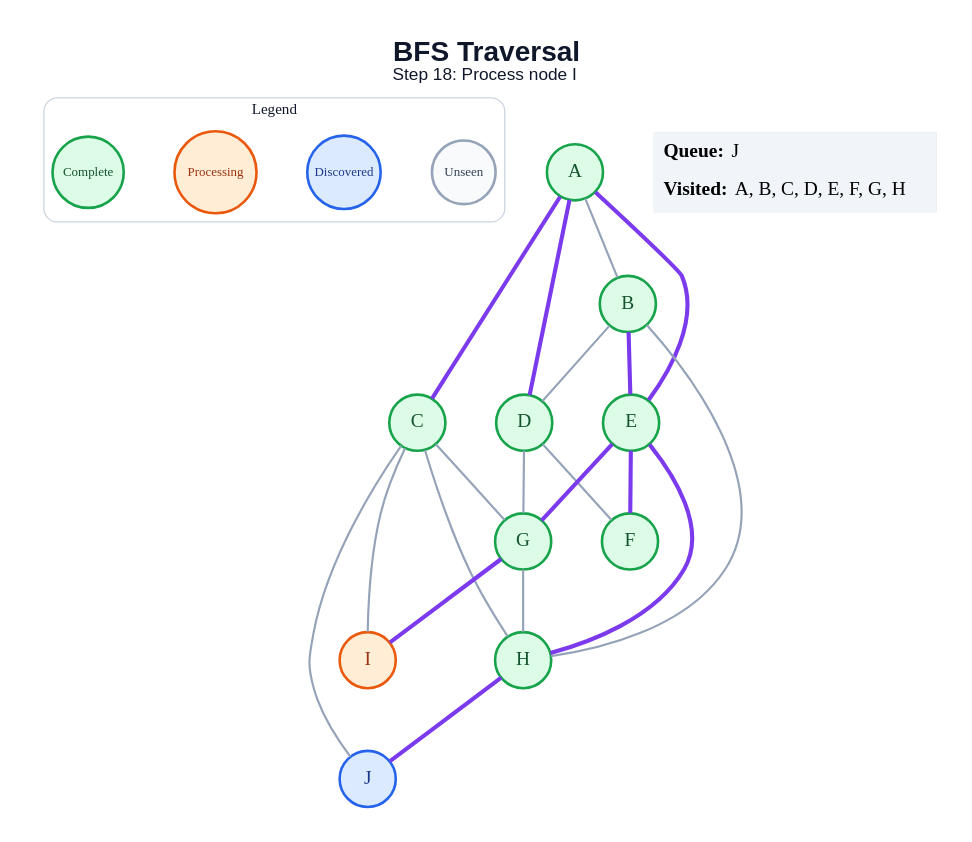
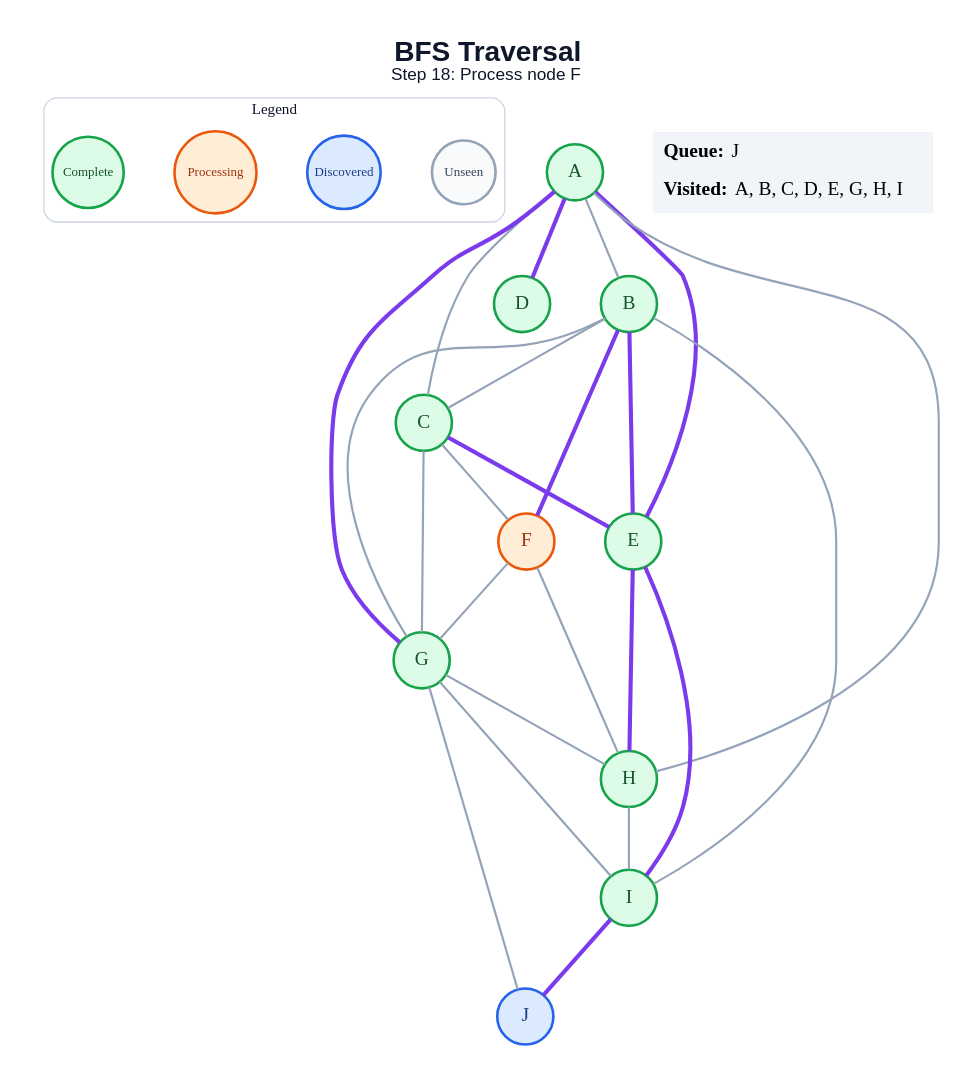
Before and after one commit to amanghodawala9/ai-slop: the diagram in generated/specific-node/bfs/step_18.dot, drawn with Graphviz. The commit also changed 178 other files, not shown here.

```diff
--- a/generated/specific-node/bfs/step_18.dot
+++ b/generated/specific-node/bfs/step_18.dot
@@ -1,48 +1,52 @@
 graph traversal {
   graph [layout=dot, rankdir=TB, bgcolor="#FFFFFF", pad="0.35", nodesep="0.65", ranksep="0.8", fontname="Arial"];
   node [shape=circle, style="filled", fontname="Arial Bold", fontsize=18, width=0.72, fixedsize=true, penwidth=2.4];
   edge [color="#94A3B8", penwidth=2.0];
-  label=<<B>BFS Traversal</B><BR/><FONT POINT-SIZE="16">Step 18: Process node I</FONT>>; labelloc="t"; fontsize=26; fontname="Arial"; fontcolor="#0F172A";
+  label=<<B>BFS Traversal</B><BR/><FONT POINT-SIZE="16">Step 18: Process node F</FONT>>; labelloc="t"; fontsize=26; fontname="Arial"; fontcolor="#0F172A";
   subgraph cluster_legend { label="Legend"; color="#CBD5E1"; penwidth=1.2; style="rounded"; fontsize=14; fontname="Arial Bold";
     key_unseen [label="Unseen", fillcolor="#F8FAFC", color="#94A3B8", fontcolor="#334155", fontsize=12, width=0.82];
     key_frontier [label="Discovered", fillcolor="#DBEAFE", color="#2563EB", fontcolor="#1E3A8A", fontsize=12, width=0.95];
     key_current [label="Processing", fillcolor="#FFEDD5", color="#EA580C", fontcolor="#9A3412", fontsize=12, width=1.05];
     key_done [label="Complete", fillcolor="#DCFCE7", color="#16A34A", fontcolor="#14532D", fontsize=12, width=0.92];
     { rank=same; key_unseen; key_frontier; key_current; key_done; }
   }
   A [fillcolor="#DCFCE7", color="#16A34A", fontcolor="#14532D"];
   B [fillcolor="#DCFCE7", color="#16A34A", fontcolor="#14532D"];
   C [fillcolor="#DCFCE7", color="#16A34A", fontcolor="#14532D"];
   D [fillcolor="#DCFCE7", color="#16A34A", fontcolor="#14532D"];
   E [fillcolor="#DCFCE7", color="#16A34A", fontcolor="#14532D"];
-  F [fillcolor="#DCFCE7", color="#16A34A", fontcolor="#14532D"];
+  F [fillcolor="#FFEDD5", color="#EA580C", fontcolor="#9A3412"];
   G [fillcolor="#DCFCE7", color="#16A34A", fontcolor="#14532D"];
   H [fillcolor="#DCFCE7", color="#16A34A", fontcolor="#14532D"];
-  I [fillcolor="#FFEDD5", color="#EA580C", fontcolor="#9A3412"];
+  I [fillcolor="#DCFCE7", color="#16A34A", fontcolor="#14532D"];
   J [fillcolor="#DBEAFE", color="#2563EB", fontcolor="#1E3A8A"];
   A -- B;
-  A -- C [color="#7C3AED", penwidth=3.8];
+  A -- C;
   A -- D [color="#7C3AED", penwidth=3.8];
   A -- E [color="#7C3AED", penwidth=3.8];
-  B -- D;
+  A -- G [color="#7C3AED", penwidth=3.8];
+  A -- H;
+  B -- C;
   B -- E [color="#7C3AED", penwidth=3.8];
-  B -- H;
+  B -- F [color="#7C3AED", penwidth=3.8];
+  B -- G;
+  B -- I;
+  C -- E [color="#7C3AED", penwidth=3.8];
+  C -- F;
   C -- G;
-  C -- H;
-  C -- I;
-  C -- J;
-  D -- F;
-  D -- G;
-  E -- F [color="#7C3AED", penwidth=3.8];
-  E -- G [color="#7C3AED", penwidth=3.8];
   E -- H [color="#7C3AED", penwidth=3.8];
+  E -- I [color="#7C3AED", penwidth=3.8];
+  F -- G;
+  F -- H;
   G -- H;
-  G -- I [color="#7C3AED", penwidth=3.8];
-  H -- J [color="#7C3AED", penwidth=3.8];
+  G -- I;
+  G -- J;
+  H -- I;
+  I -- J [color="#7C3AED", penwidth=3.8];
   status [shape=plain, fixedsize=false, width=0, height=0, margin=0, label=<
     <TABLE BORDER="0" CELLBORDER="0" CELLPADDING="7" BGCOLOR="#F1F5F9">
       <TR><TD ALIGN="LEFT"><B>Queue:</B> J</TD></TR>
-      <TR><TD ALIGN="LEFT"><B>Visited:</B> A, B, C, D, E, F, G, H</TD></TR>
+      <TR><TD ALIGN="LEFT"><B>Visited:</B> A, B, C, D, E, G, H, I</TD></TR>
     </TABLE>
   >];
 }
```
